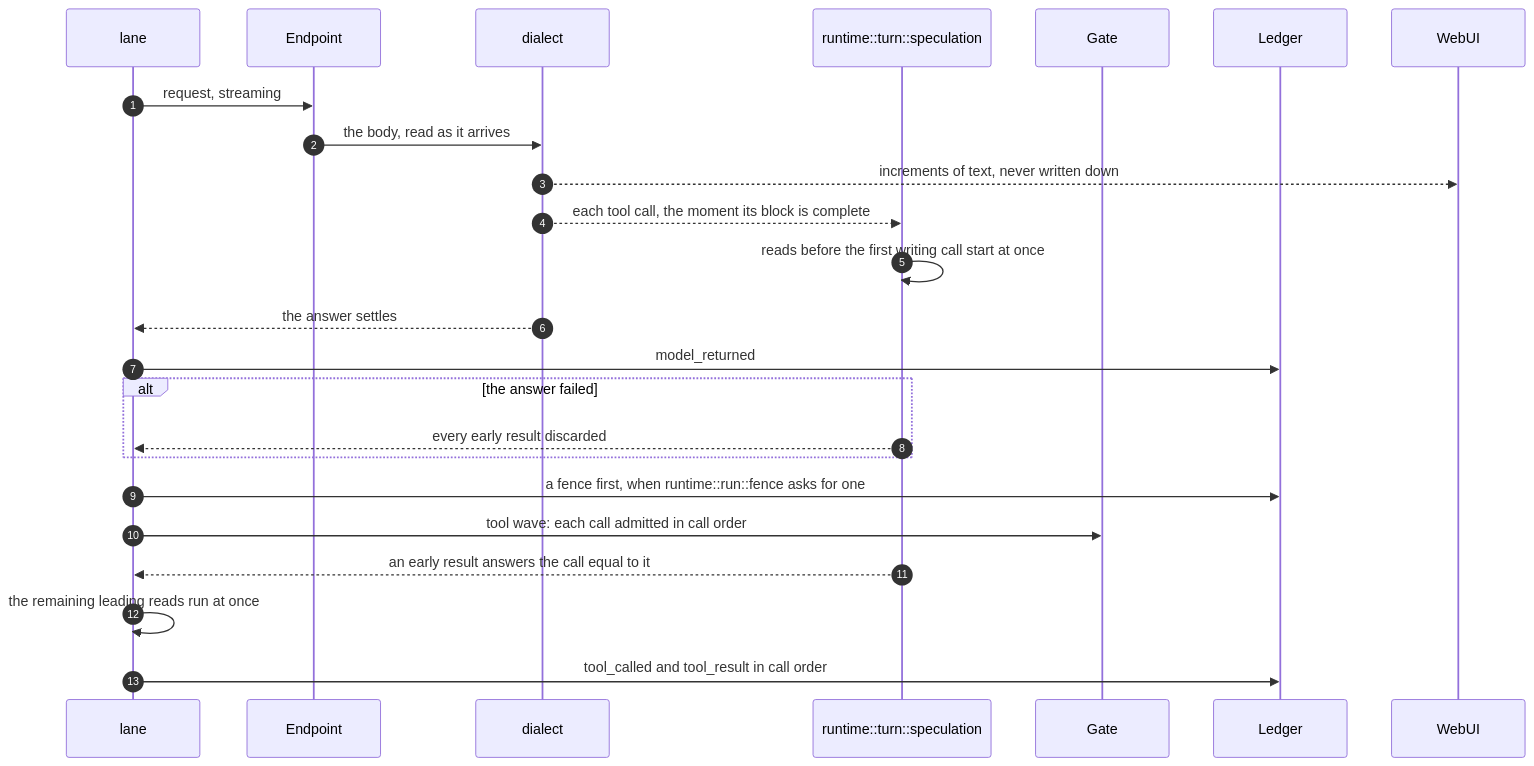
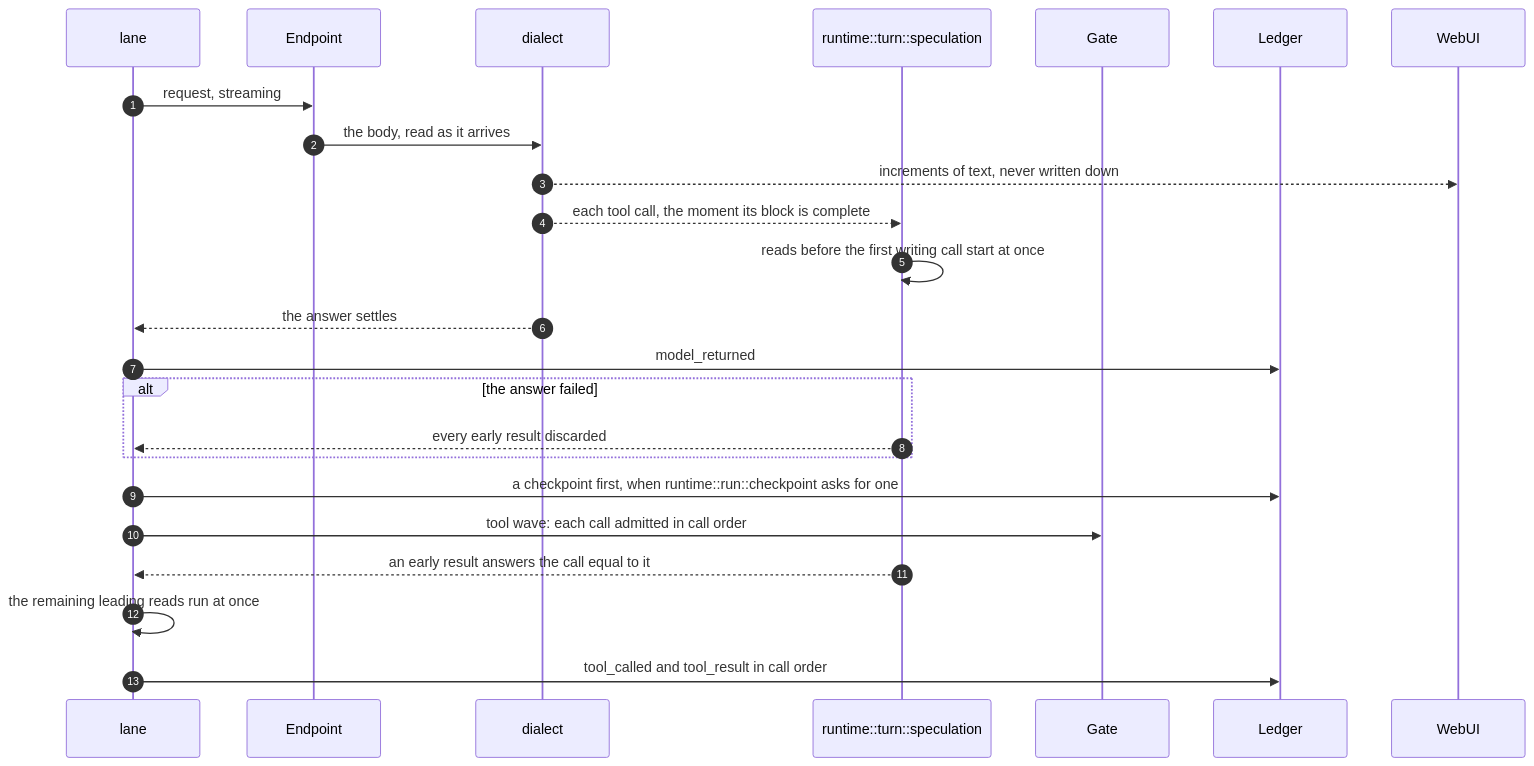
The sixth of 8 diagrams in ARCHITECTURE.md (2youg1/sprawling-agents), drawn with Mermaid before and after one commit. The commit also changed other lines of this file and 97 other files, not shown here.

````diff
--- a/ARCHITECTURE.md
+++ b/ARCHITECTURE.md
@@ -911,26 +911,26 @@
 ```mermaid
 sequenceDiagram
     autonumber
     participant L as lane
     participant E as Endpoint
     participant X as dialect
     participant K as runtime::turn::speculation
     participant G as Gate
     participant R as Ledger
     participant W as WebUI
     L->>E: request, streaming
     E->>X: the body, read as it arrives
     X-->>W: increments of text, never written down
     X-->>K: each tool call, the moment its block is complete
     K->>K: reads before the first writing call start at once
     X-->>L: the answer settles
     L->>R: model_returned
     alt the answer failed
         K-->>L: every early result discarded
     end
-    L->>R: a fence first, when runtime::run::fence asks for one
+    L->>R: a checkpoint first, when runtime::run::checkpoint asks for one
     L->>G: tool wave: each call admitted in call order
     K-->>L: an early result answers the call equal to it
     L->>L: the remaining leading reads run at once
     L->>R: tool_called and tool_result in call order
 ```
````
